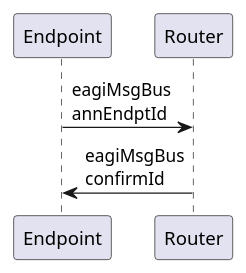
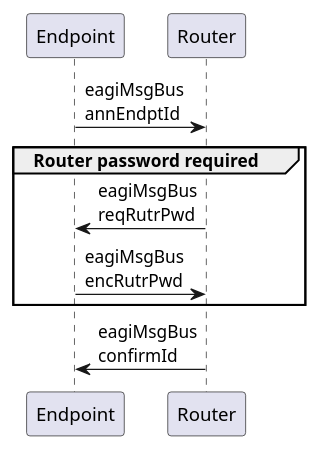
Before and after one commit to matus-chochlik/eagine-msgbus: the diagram in doc/diagrams/eagine/msgbus/endpoint_announce_id.puml, drawn with PlantUML. The commit also changed 1 other file, not shown here.

Commit message:
Small additions to sequence diagrams

```diff
--- a/doc/diagrams/eagine/msgbus/endpoint_announce_id.puml
+++ b/doc/diagrams/eagine/msgbus/endpoint_announce_id.puml
@@ -1,4 +1,8 @@
 @startuml
 Endpoint -> Router: eagiMsgBus\nannEndptId
+group Router password required
+Router -> Endpoint: eagiMsgBus\nreqRutrPwd
+Endpoint -> Router: eagiMsgBus\nencRutrPwd
+end
 Router -> Endpoint: eagiMsgBus\nconfirmId
 @enduml
```
